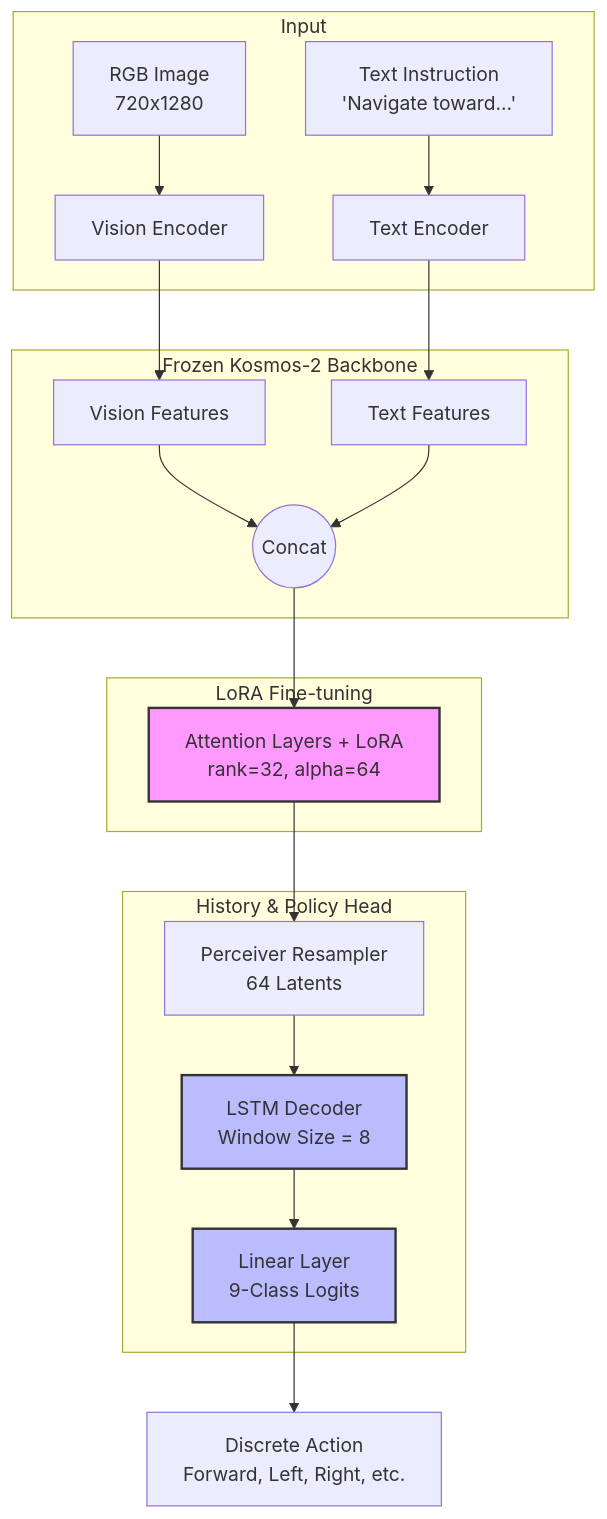
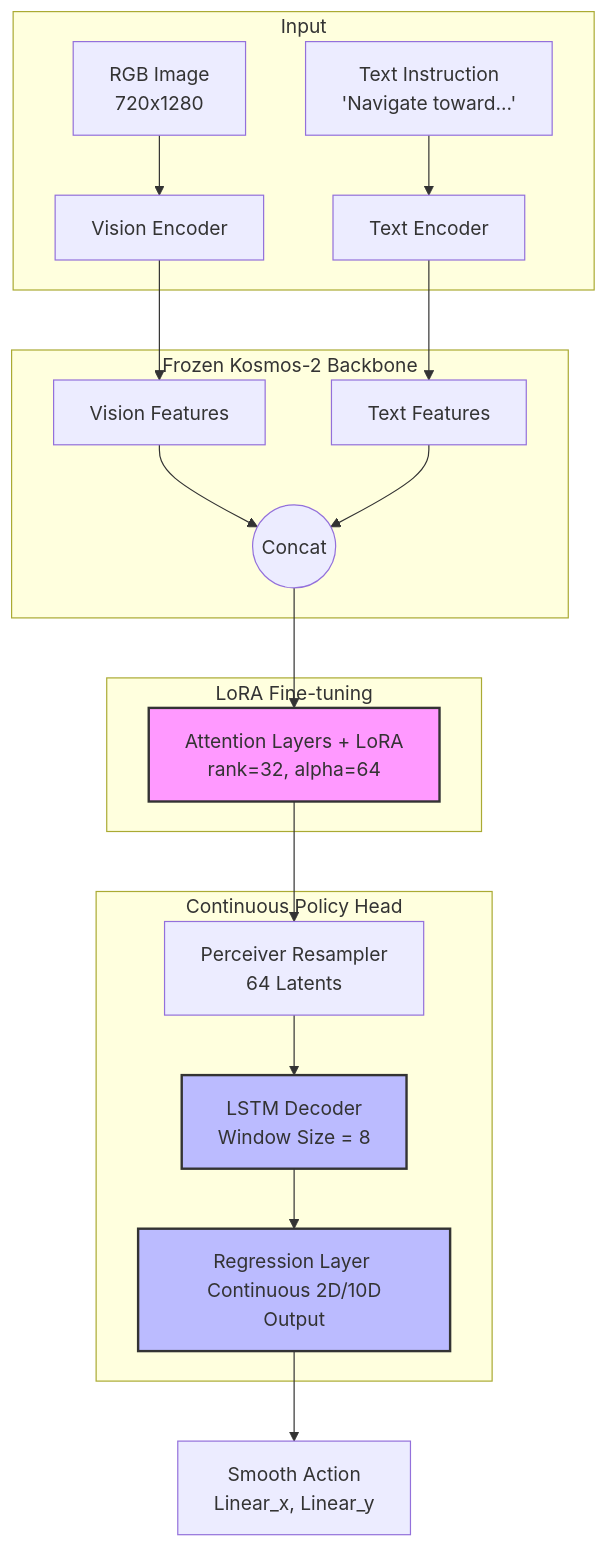
One commit to minuum/MoNaVLA changed the diagram in README.md. Above: the diagram before and after it, drawn with Mermaid. The commit also changed other lines of this file, not shown here.

Commit message:
docs: update Project Status and Evolution History to include Phase 2 (V4-Regression)

````diff
--- a/README.md
+++ b/README.md
@@ -53,30 +52,30 @@
 ```mermaid
 graph TD
     subgraph Input
         IMG[RGB Image <br> 720x1280] --> VE
         TXT[Text Instruction <br> 'Navigate toward...'] --> TE
     end
 
     subgraph "Frozen Kosmos-2 Backbone"
         VE[Vision Encoder] --> VX[Vision Features]
         TE[Text Encoder] --> TX[Text Features]
         VX --> CONCAT((Concat))
         TX --> CONCAT
     end
 
     subgraph "LoRA Fine-tuning"
         CONCAT --> LORA[Attention Layers + LoRA <br> rank=32, alpha=64]
     end
 
-    subgraph "History & Policy Head"
+    subgraph "Continuous Policy Head"
         LORA --> RESAMPLE[Perceiver Resampler <br> 64 Latents]
         RESAMPLE --> LSTM[LSTM Decoder <br> Window Size = 8]
-        LSTM --> LINEAR[Linear Layer <br> 9-Class Logits]
+        LSTM --> REG[Regression Layer <br> Continuous 2D/10D Output]
     end
 
-    LINEAR --> OUT[Discrete Action <br> Forward, Left, Right, etc.]
+    REG --> OUT[Smooth Action <br> Linear_x, Linear_y]
 
     style LORA fill:#f9f,stroke:#333,stroke-width:2px
-    style LINEAR fill:#bbf,stroke:#333,stroke-width:2px
+    style REG fill:#bbf,stroke:#333,stroke-width:2px
     style LSTM fill:#bbf,stroke:#333,stroke-width:2px
 ```
````
